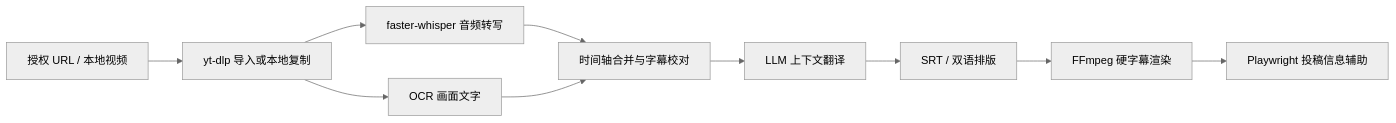
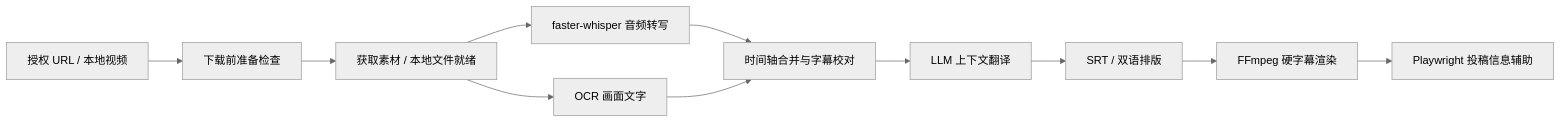
Before and after one commit to wanghaofu124/youtube-bili-localizer: the diagram in README.md, drawn with Mermaid (neutral theme). The commit also changed other lines of this file and 51 other files, not shown here.

````diff
--- a/README.md
+++ b/README.md
@@ -13,12 +13,13 @@
 ```mermaid
 flowchart LR
-    A[授权 URL / 本地视频] --> B[yt-dlp 导入或本地复制]
+    A[授权 URL / 本地视频] --> P[下载前准备检查]
+    P --> B[获取素材 / 本地文件就绪]
     B --> C[faster-whisper 音频转写]
     B --> D[OCR 画面文字]
     C --> E[时间轴合并与字幕校对]
     D --> E
     E --> F[LLM 上下文翻译]
     F --> G[SRT / 双语排版]
     G --> H[FFmpeg 硬字幕渲染]
     H --> I[Playwright 投稿信息辅助]
 ```
````
